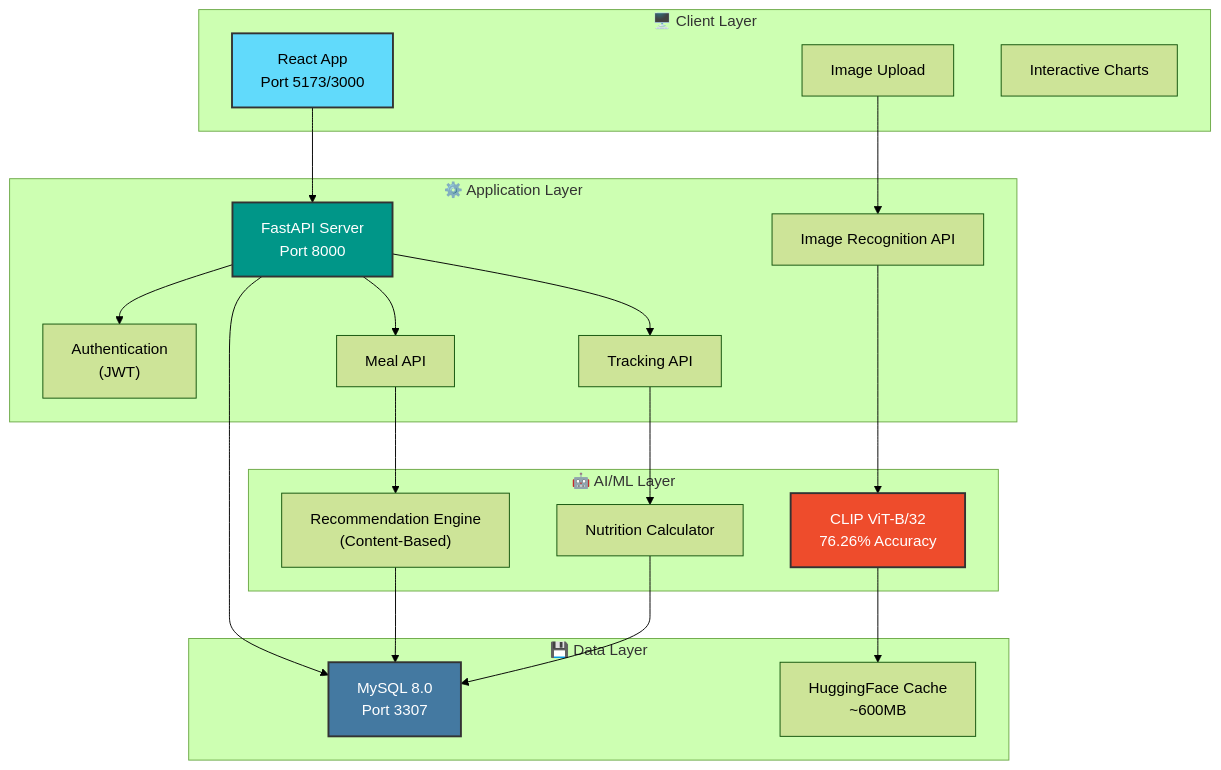
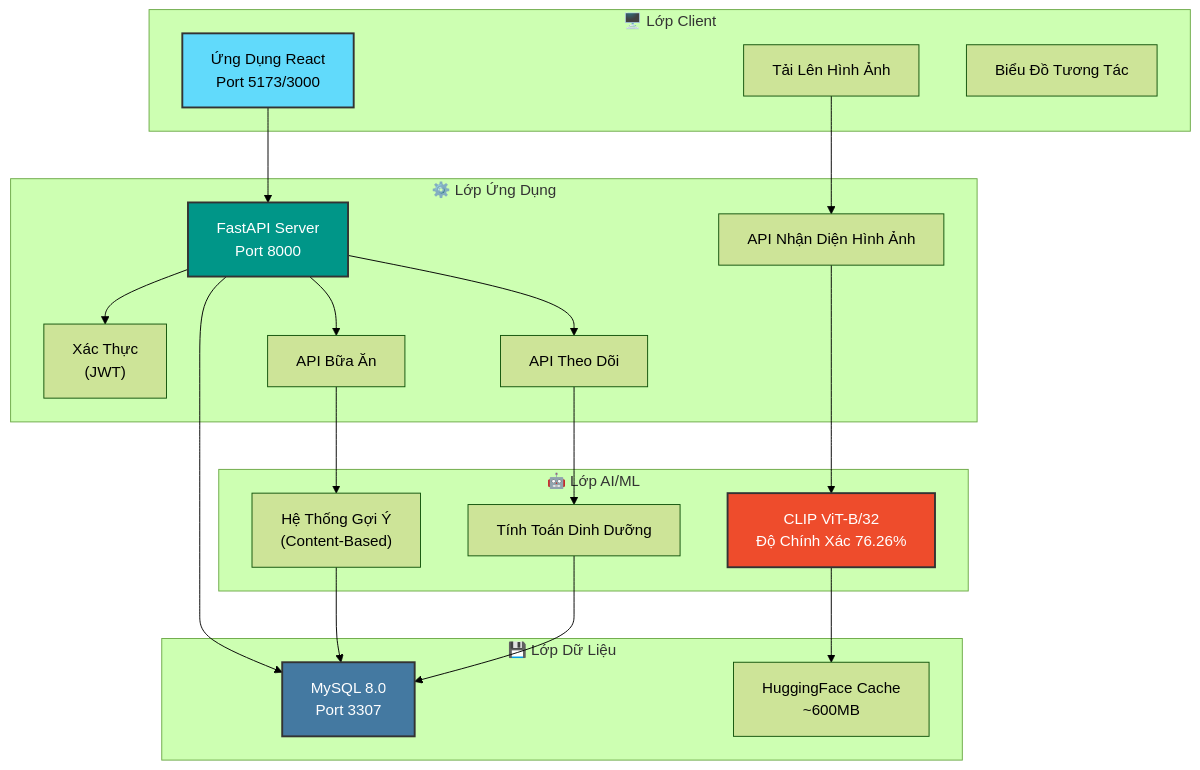
One commit to tranyennhi02/tn-da22ttb-110122133-tranthiyennhi-nutrigain changed the first of 4 diagrams in README.md. Above: the diagram before and after it, drawn with Mermaid (forest theme). The commit also changed other lines of this file, not shown here.

````diff
--- a/README.md
+++ b/README.md
@@ -133,45 +133,45 @@
 ```mermaid
 graph TB
-    subgraph Client["🖥️ Client Layer"]
-        UI["React App<br/>Port 5173/3000"]
-        Upload["Image Upload"]
-        Charts["Interactive Charts"]
+    subgraph Client["🖥️ Lớp Client"]
+        UI["Ứng Dụng React<br/>Port 5173/3000"]
+        Upload["Tải Lên Hình Ảnh"]
+        Charts["Biểu Đồ Tương Tác"]
     end
 
-    subgraph API["⚙️ Application Layer"]
+    subgraph API["⚙️ Lớp Ứng Dụng"]
         FastAPI["FastAPI Server<br/>Port 8000"]
-        Auth["Authentication<br/>(JWT)"]
-        Meals["Meal API"]
-        Track["Tracking API"]
-        Image["Image Recognition API"]
+        Auth["Xác Thực<br/>(JWT)"]
+        Meals["API Bữa Ăn"]
+        Track["API Theo Dõi"]
+        Image["API Nhận Diện Hình Ảnh"]
     end
 
-    subgraph AI["🤖 AI/ML Layer"]
-        CLIP["CLIP ViT-B/32<br/>76.26% Accuracy"]
-        Rec["Recommendation Engine<br/>(Content-Based)"]
-        Nutr["Nutrition Calculator"]
+    subgraph AI["🤖 Lớp AI/ML"]
+        CLIP["CLIP ViT-B/32<br/>Độ Chính Xác 76.26%"]
+        Rec["Hệ Thống Gợi Ý<br/>(Content-Based)"]
+        Nutr["Tính Toán Dinh Dưỡng"]
     end
 
-    subgraph Data["💾 Data Layer"]
+    subgraph Data["💾 Lớp Dữ Liệu"]
         MySQL["MySQL 8.0<br/>Port 3307"]
         Cache["HuggingFace Cache<br/>~600MB"]
     end
 
     UI --> FastAPI
     Upload --> Image
     FastAPI --> Auth
     FastAPI --> Meals
     FastAPI --> Track
     Image --> CLIP
     Meals --> Rec
     Track --> Nutr
     FastAPI --> MySQL
     CLIP --> Cache
     Rec --> MySQL
     Nutr --> MySQL
 
     style UI fill:#61DAFB,stroke:#333,stroke-width:2px,color:#000
     style FastAPI fill:#009688,stroke:#333,stroke-width:2px,color:#fff
     style CLIP fill:#EE4C2C,stroke:#333,stroke-width:2px,color:#fff
     style MySQL fill:#4479A1,stroke:#333,stroke-width:2px,color:#fff
 ```
````
